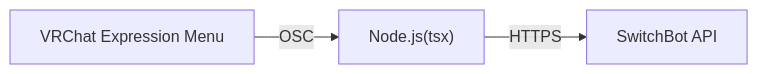
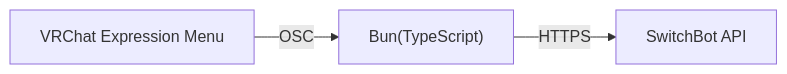
One commit to conarin/docs changed the diagram in docs/vrchat/v-suitch/index.mdx. Above: the diagram before and after it, drawn with Mermaid. The commit also changed other lines of this file, not shown here.

````diff
--- a/docs/vrchat/v-suitch/index.mdx
+++ b/docs/vrchat/v-suitch/index.mdx
@@ -19,4 +19,4 @@
 ```mermaid
 graph LR
-    A[VRChat Expression Menu]-->|OSC|B["Node.js(tsx)"]-->|HTTPS|C[SwitchBot API]
+    A[VRChat Expression Menu]-->|OSC|B["Bun(TypeScript)"]-->|HTTPS|C[SwitchBot API]
 ```
````
